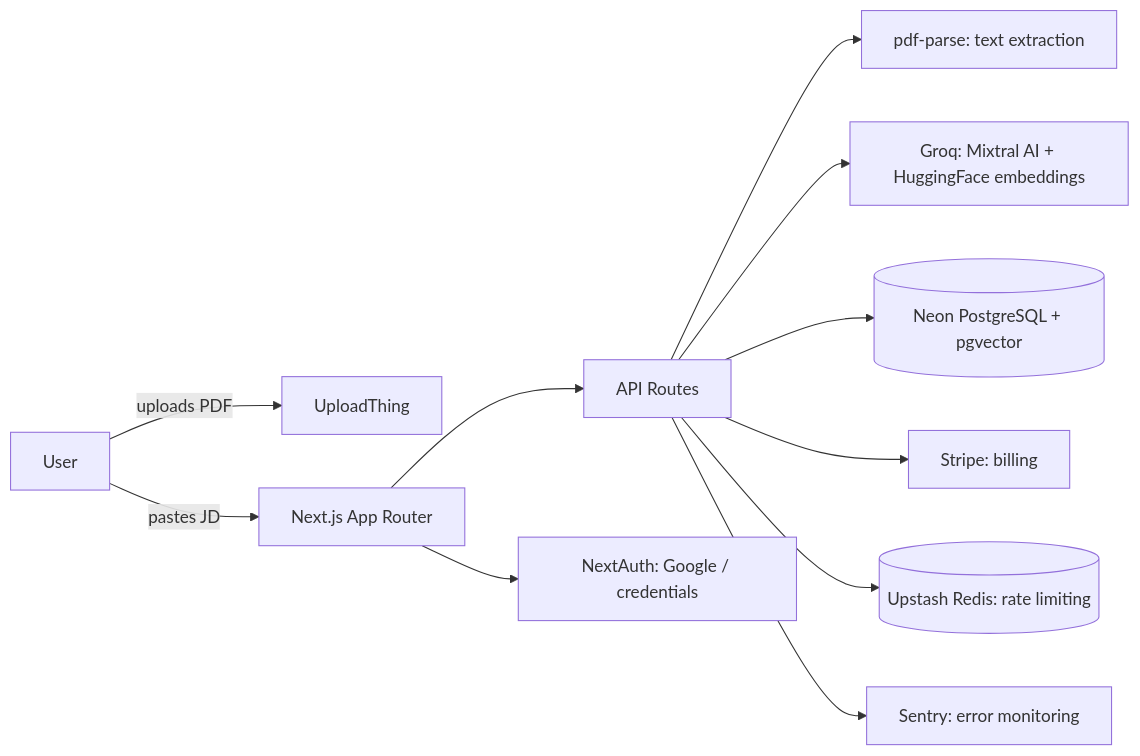
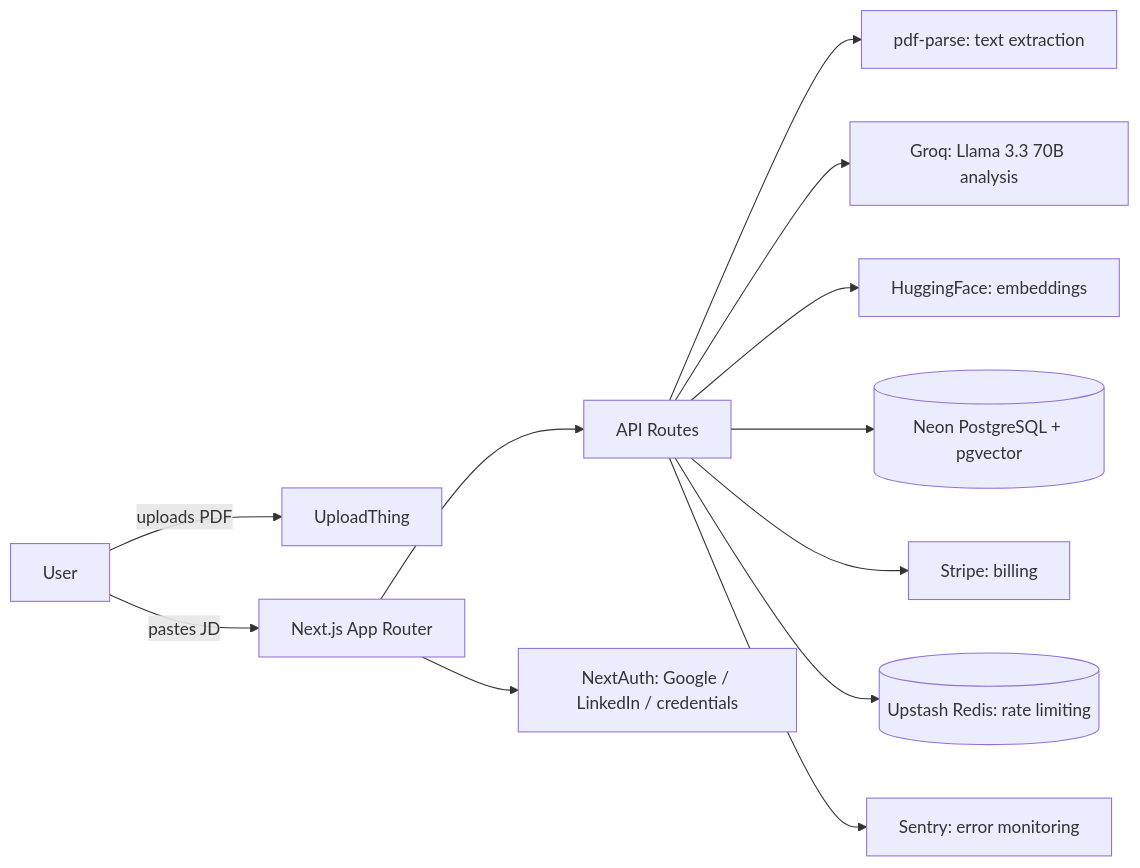
The diagram in README.md (SaadaniMohamedAmine/resona-job-match), drawn with Mermaid before and after one commit. The commit also changed other lines of this file and 9 other files, not shown here.

````diff
--- a/README.md
+++ b/README.md
@@ -26,13 +31,14 @@
 ```mermaid
 flowchart LR
   User -->|uploads PDF| UploadThing
   User -->|pastes JD| Frontend[Next.js App Router]
   Frontend --> API[API Routes]
   API --> PdfParse[pdf-parse: text extraction]
-  API --> AI[Groq: Mixtral AI + HuggingFace embeddings]
+  API --> Groq[Groq: Llama 3.3 70B analysis]
+  API --> HF[HuggingFace: embeddings]
   API --> Postgres[(Neon PostgreSQL + pgvector)]
   API --> Stripe[Stripe: billing]
   API --> Upstash[(Upstash Redis: rate limiting)]
-  Frontend --> Auth[NextAuth: Google / credentials]
+  Frontend --> Auth[NextAuth: Google / LinkedIn / credentials]
   API --> Sentry[Sentry: error monitoring]
 ```
````
